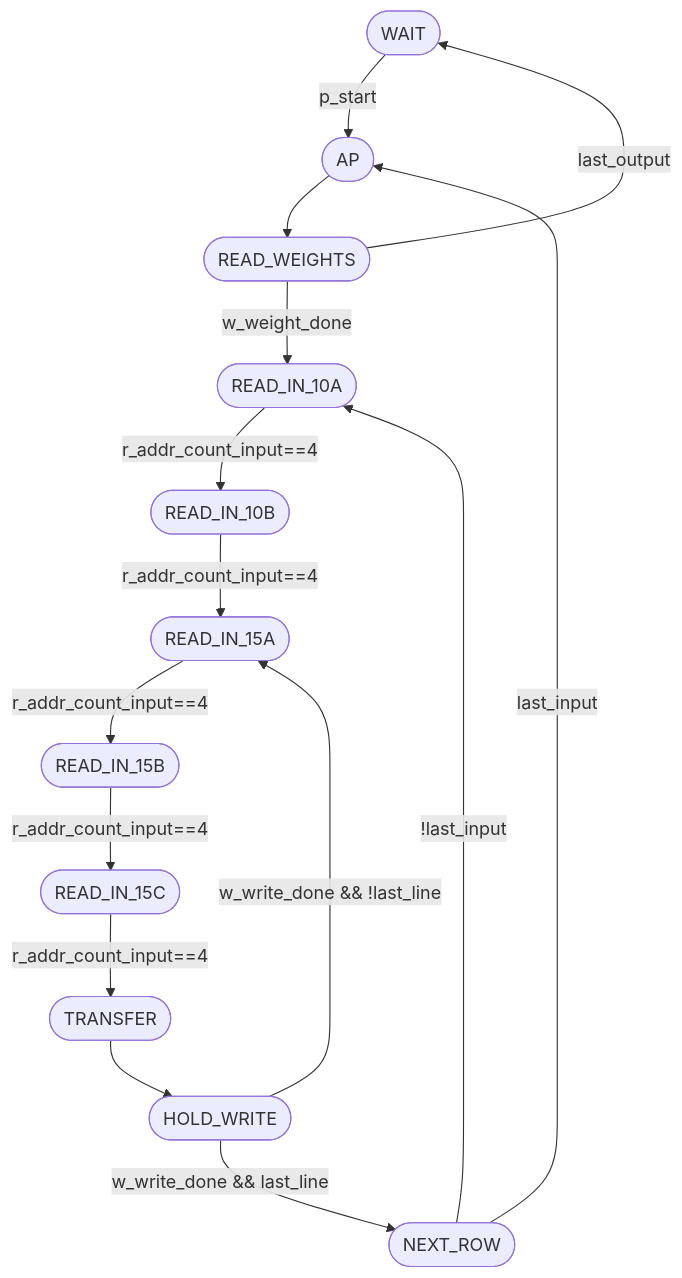
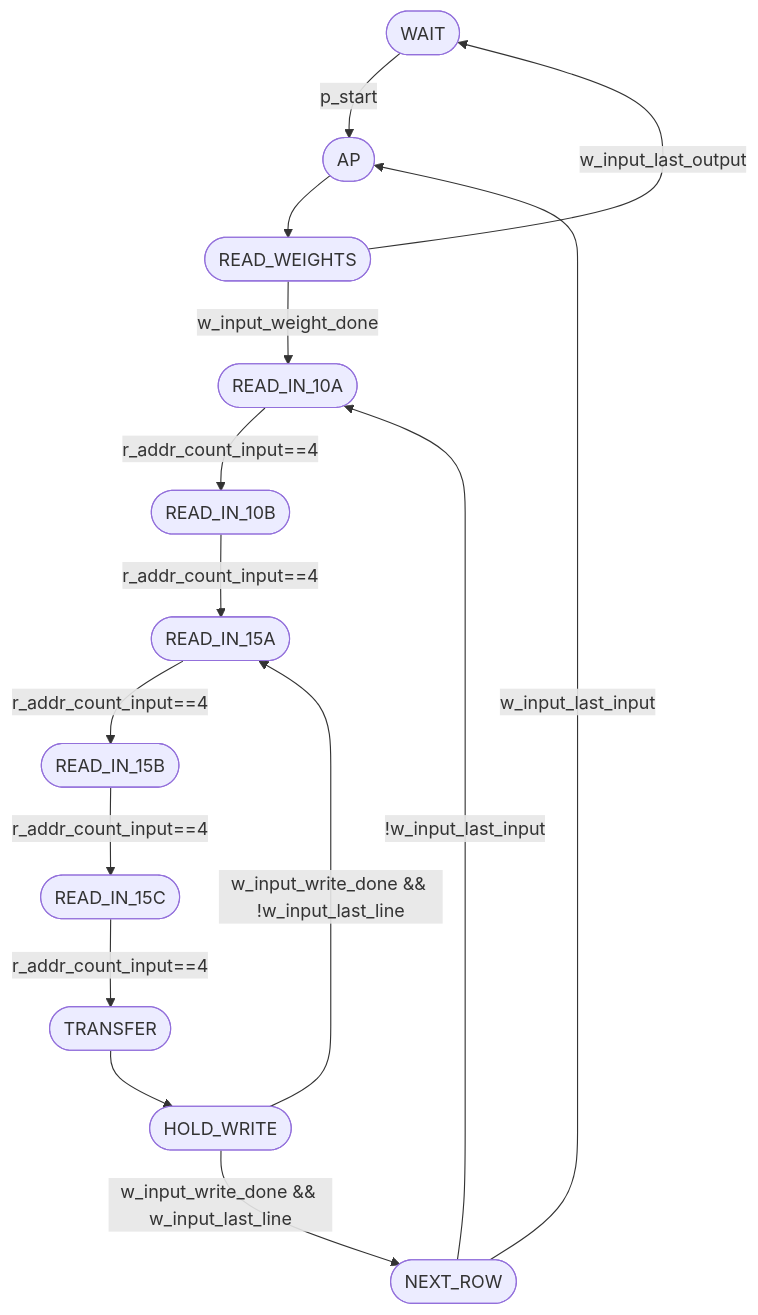
One commit to tarsioonofrio/FastConv_SystemVerilog changed the first of 3 diagrams in rtl/control/README.md. Above: the diagram before and after it, drawn with Mermaid. The commit also changed other lines of this file and 3 other files, not shown here.

````diff
--- a/rtl/control/README.md
+++ b/rtl/control/README.md
@@ -81,16 +87,16 @@
 ```mermaid
 flowchart TB
     W(["WAIT"]) -->|"p_start"| AP(["AP"]) --> RW(["READ_WEIGHTS"])
-    RW -->|"w_weight_done"| READ_IN_10A(["READ_IN_10A"])
-    RW -->|"last_output"| W
+    RW -->|"w_input_weight_done"| READ_IN_10A(["READ_IN_10A"])
+    RW -->|"w_input_last_output"| W
     READ_IN_10A -->|"r_addr_count_input==4"| READ_IN_10B(["READ_IN_10B"])
     READ_IN_10B -->|"r_addr_count_input==4"| READ_IN_15A(["READ_IN_15A"])
     READ_IN_15A -->|"r_addr_count_input==4"| READ_IN_15B(["READ_IN_15B"])
     READ_IN_15B -->|"r_addr_count_input==4"| READ_IN_15C(["READ_IN_15C"])
     READ_IN_15C -->|"r_addr_count_input==4"| X(["TRANSFER"])
     X --> HW(["HOLD_WRITE"])
-    HW -->|"w_write_done && !last_line"| READ_IN_15A
-    HW -->|"w_write_done && last_line"| NR(["NEXT_ROW"])
-    NR -->|"last_input"| AP
-    NR -->|"!last_input"| READ_IN_10A
+    HW -->|"w_input_write_done && !w_input_last_line"| READ_IN_15A
+    HW -->|"w_input_write_done && w_input_last_line"| NR(["NEXT_ROW"])
+    NR -->|"w_input_last_input"| AP
+    NR -->|"!w_input_last_input"| READ_IN_10A
 ```
````
